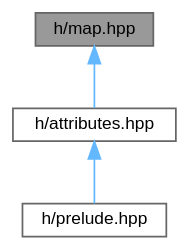
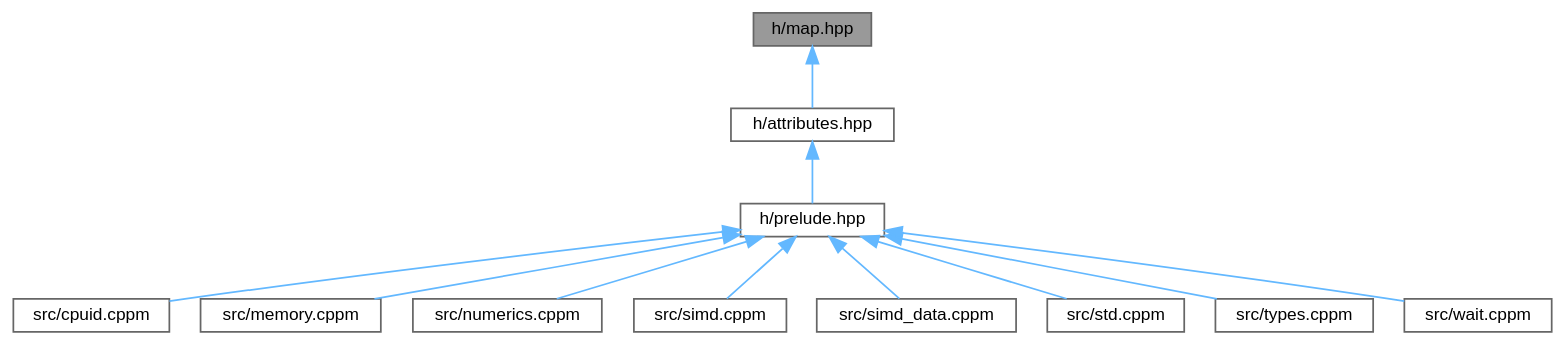
One commit to ekmett/ein changed the diagram in d5/de2/map_8hpp__dep__incl.dot. Above: the diagram before and after it, drawn with Graphviz. The commit also changed 117 other files, not shown here.

```diff
--- a/d5/de2/map_8hpp__dep__incl.dot
+++ b/d5/de2/map_8hpp__dep__incl.dot
@@ -1,12 +1,28 @@
 digraph "h/map.hpp"
 {
  // LATEX_PDF_SIZE
   bgcolor="transparent";
   edge [fontname=Helvetica,fontsize=10,labelfontname=Helvetica,labelfontsize=10];
   node [fontname=Helvetica,fontsize=10,shape=box,height=0.2,width=0.4];
   Node1 [id="Node000001",label="h/map.hpp",height=0.2,width=0.4,color="gray40", fillcolor="grey60", style="filled", fontcolor="black",tooltip=" "];
   Node1 -> Node2 [id="edge1_Node000001_Node000002",dir="back",color="steelblue1",style="solid",tooltip=" "];
   Node2 [id="Node000002",label="h/attributes.hpp",height=0.2,width=0.4,color="grey40", fillcolor="white", style="filled",URL="$df/d6a/attributes_8hpp.html",tooltip="defines used to indicate useful attributes for the compiler"];
   Node2 -> Node3 [id="edge2_Node000002_Node000003",dir="back",color="steelblue1",style="solid",tooltip=" "];
   Node3 [id="Node000003",label="h/prelude.hpp",height=0.2,width=0.4,color="grey40", fillcolor="white", style="filled",URL="$de/d13/prelude_8hpp.html",tooltip="precompiled header"];
+  Node3 -> Node4 [id="edge3_Node000003_Node000004",dir="back",color="steelblue1",style="solid",tooltip=" "];
+  Node4 [id="Node000004",label="src/cpuid.cppm",height=0.2,width=0.4,color="grey40", fillcolor="white", style="filled",URL="$d2/d8a/cpuid_8cppm.html",tooltip=" "];
+  Node3 -> Node5 [id="edge4_Node000003_Node000005",dir="back",color="steelblue1",style="solid",tooltip=" "];
+  Node5 [id="Node000005",label="src/memory.cppm",height=0.2,width=0.4,color="grey40", fillcolor="white", style="filled",URL="$d8/d4c/memory_8cppm.html",tooltip=" "];
+  Node3 -> Node6 [id="edge5_Node000003_Node000006",dir="back",color="steelblue1",style="solid",tooltip=" "];
+  Node6 [id="Node000006",label="src/numerics.cppm",height=0.2,width=0.4,color="grey40", fillcolor="white", style="filled",URL="$d5/d65/numerics_8cppm.html",tooltip=" "];
+  Node3 -> Node7 [id="edge6_Node000003_Node000007",dir="back",color="steelblue1",style="solid",tooltip=" "];
+  Node7 [id="Node000007",label="src/simd.cppm",height=0.2,width=0.4,color="grey40", fillcolor="white", style="filled",URL="$da/d01/simd_8cppm.html",tooltip=" "];
+  Node3 -> Node8 [id="edge7_Node000003_Node000008",dir="back",color="steelblue1",style="solid",tooltip=" "];
+  Node8 [id="Node000008",label="src/simd_data.cppm",height=0.2,width=0.4,color="grey40", fillcolor="white", style="filled",URL="$df/d88/simd__data_8cppm.html",tooltip=" "];
+  Node3 -> Node9 [id="edge8_Node000003_Node000009",dir="back",color="steelblue1",style="solid",tooltip=" "];
+  Node9 [id="Node000009",label="src/std.cppm",height=0.2,width=0.4,color="grey40", fillcolor="white", style="filled",URL="$d8/d08/std_8cppm.html",tooltip="polyfill missing standard library functions"];
+  Node3 -> Node10 [id="edge9_Node000003_Node000010",dir="back",color="steelblue1",style="solid",tooltip=" "];
+  Node10 [id="Node000010",label="src/types.cppm",height=0.2,width=0.4,color="grey40", fillcolor="white", style="filled",URL="$d8/dcb/types_8cppm.html",tooltip=" "];
+  Node3 -> Node11 [id="edge10_Node000003_Node000011",dir="back",color="steelblue1",style="solid",tooltip=" "];
+  Node11 [id="Node000011",label="src/wait.cppm",height=0.2,width=0.4,color="grey40", fillcolor="white", style="filled",URL="$d0/def/wait_8cppm.html",tooltip="waiting strategies"];
 }
```
